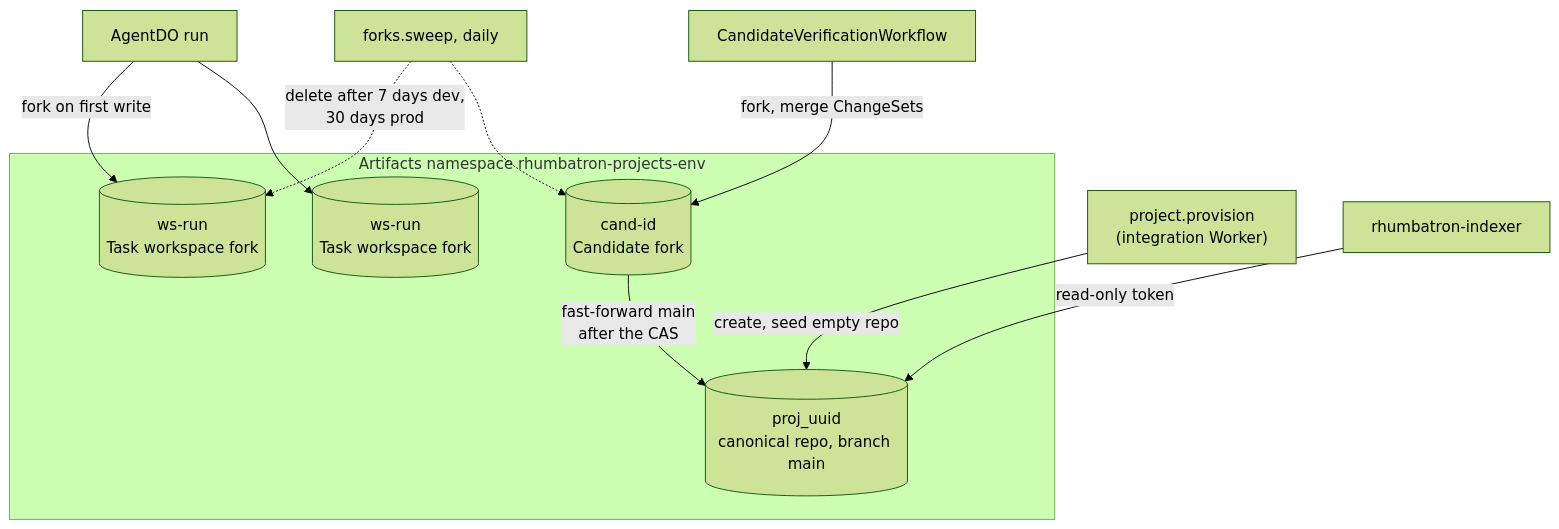
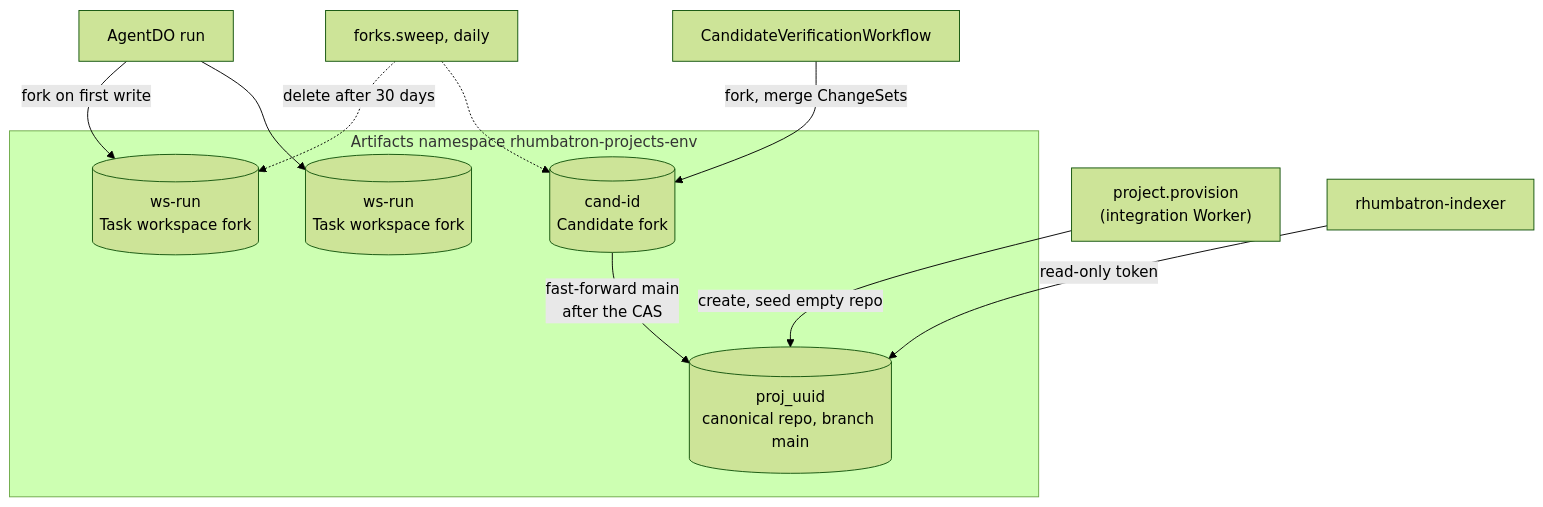
The first of 7 diagrams in docs/architecture/source-and-verification.md (nsudhanva/rhumbatron), drawn with Mermaid (forest theme) before and after one commit. The commit also changed other lines of this file and 20 other files, not shown here.

````diff
--- a/docs/architecture/source-and-verification.md
+++ b/docs/architecture/source-and-verification.md
@@ -19,17 +19,17 @@
 ```mermaid
 flowchart TB
   subgraph NS["Artifacts namespace rhumbatron-projects-env"]
     CAN[("proj_uuid<br/>canonical repo, branch main")]
     WS1[("ws-run<br/>Task workspace fork")]
     WS2[("ws-run<br/>Task workspace fork")]
     CA[("cand-id<br/>Candidate fork")]
   end
   PROV["project.provision<br/>(integration Worker)"] -->|"create, seed empty repo"| CAN
   AG["AgentDO run"] -->|"fork on first write"| WS1
   AG --> WS2
   VW["CandidateVerificationWorkflow"] -->|"fork, merge ChangeSets"| CA
   CA -->|"fast-forward main<br/>after the CAS"| CAN
-  SWEEP["forks.sweep, daily"] -.->|"delete after 7 days dev,<br/>30 days prod"| WS1
+  SWEEP["forks.sweep, daily"] -.->|"delete after 30 days"| WS1
   SWEEP -.-> CA
   IDX["rhumbatron-indexer"] -->|"read-only token"| CAN
 ```
````
